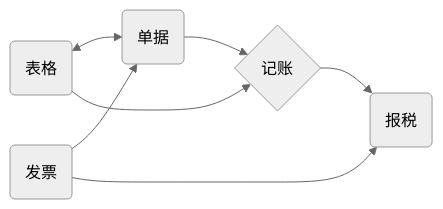
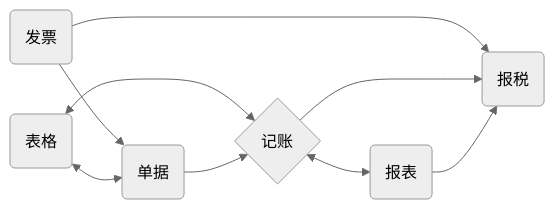
The diagram in src/会计实操/README.md (perthun/perthun.github.io), drawn with Mermaid (neutral theme) before and after one commit. The commit also changed 1 other file, not shown here.

````diff
--- a/src/会计实操/README.md
+++ b/src/会计实操/README.md
@@ -8,8 +8,13 @@
 ```mermaid
 flowchart LR
-  jz{记账};dj(单据);bg(表格);fp(发票);bs(报税)
-  bg<-->dj;bg-->jz
+  jz{记账};dj(单据);bg(表格);fp(发票);bs(报税);bb(报表)
   fp-->dj;fp-->bs
+  bg<-->dj;bg<-->jz
   dj-->jz
-  jz-->bs
+  jz<-->bb;jz-->bs
+  bb-->bs
+
+
+
+  
 ```
````
